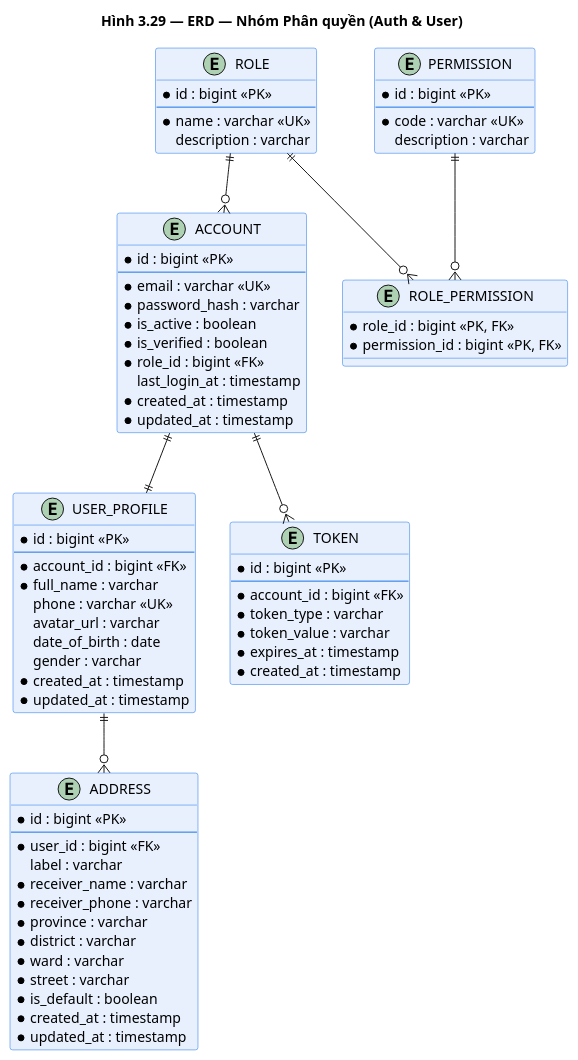
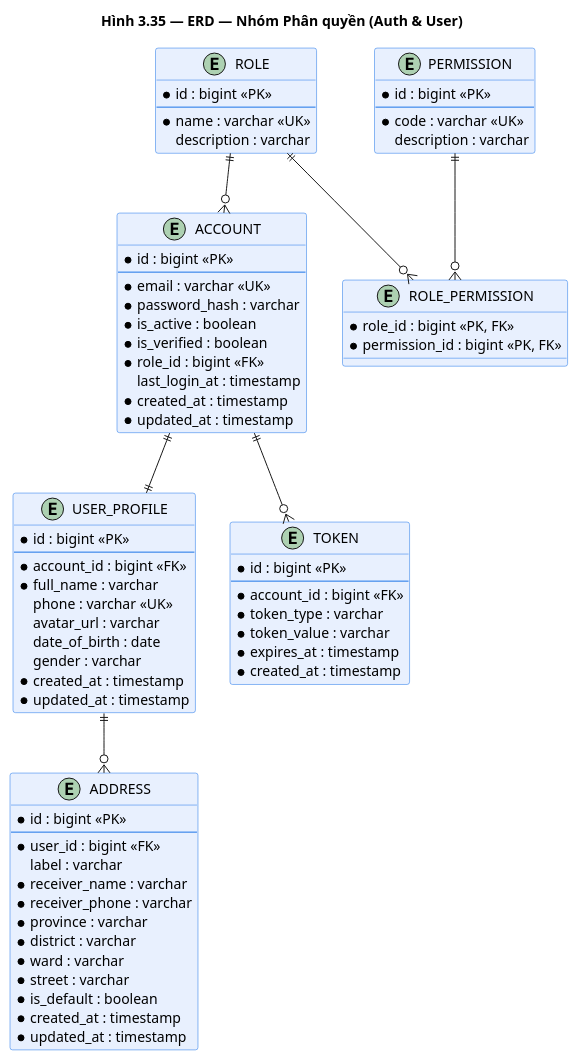
Before and after one commit to huuhieu56/PC-Parts-ECommerce: the diagram in docs/diagrams/erd_auth.puml, drawn with PlantUML. The commit also changed 50 other files, not shown here.

```diff
--- a/docs/diagrams/erd_auth.puml
+++ b/docs/diagrams/erd_auth.puml
@@ -1,87 +1,87 @@
 @startuml erd_auth
-title Hình 3.29 — ERD — Nhóm Phân quyền (Auth & User)
+title Hình 3.35 — ERD — Nhóm Phân quyền (Auth & User)
 
 skinparam class {
     BackgroundColor #E8F0FE
     BorderColor #1A73E8
 }
 
 entity "ACCOUNT" as account {
     * id : bigint <<PK>>
     --
     * email : varchar <<UK>>
     * password_hash : varchar
     * is_active : boolean
     * is_verified : boolean
     * role_id : bigint <<FK>>
     last_login_at : timestamp
     * created_at : timestamp
     * updated_at : timestamp
 }
 
 entity "USER_PROFILE" as user_profile {
     * id : bigint <<PK>>
     --
     * account_id : bigint <<FK>>
     * full_name : varchar
     phone : varchar <<UK>>
     avatar_url : varchar
     date_of_birth : date
     gender : varchar
     * created_at : timestamp
     * updated_at : timestamp
 }
 
 entity "ADDRESS" as address {
     * id : bigint <<PK>>
     --
     * user_id : bigint <<FK>>
     label : varchar
     * receiver_name : varchar
     * receiver_phone : varchar
     * province : varchar
     * district : varchar
     * ward : varchar
     * street : varchar
     * is_default : boolean
     * created_at : timestamp
     * updated_at : timestamp
 }
 
 entity "ROLE" as role {
     * id : bigint <<PK>>
     --
     * name : varchar <<UK>>
     description : varchar
 }
 
 entity "PERMISSION" as permission {
     * id : bigint <<PK>>
     --
     * code : varchar <<UK>>
     description : varchar
 }
 
 entity "ROLE_PERMISSION" as role_perm {
     * role_id : bigint <<PK, FK>>
     * permission_id : bigint <<PK, FK>>
 }
 
 entity "TOKEN" as token {
     * id : bigint <<PK>>
     --
     * account_id : bigint <<FK>>
     * token_type : varchar
     * token_value : varchar
     * expires_at : timestamp
     * created_at : timestamp
 }
 
 role ||--o{ account
 account ||--|| user_profile
 account ||--o{ token
 user_profile ||--o{ address
 role ||--o{ role_perm
 permission ||--o{ role_perm
 
 @enduml
```
